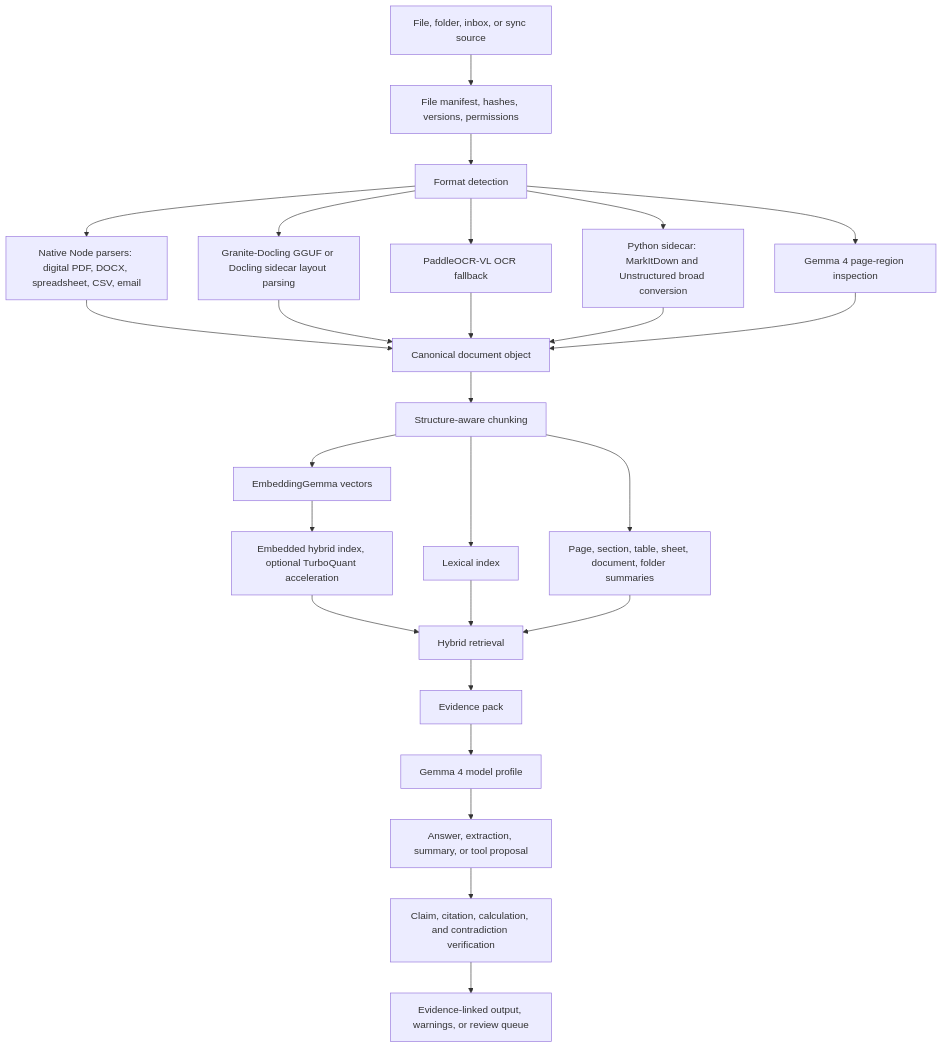
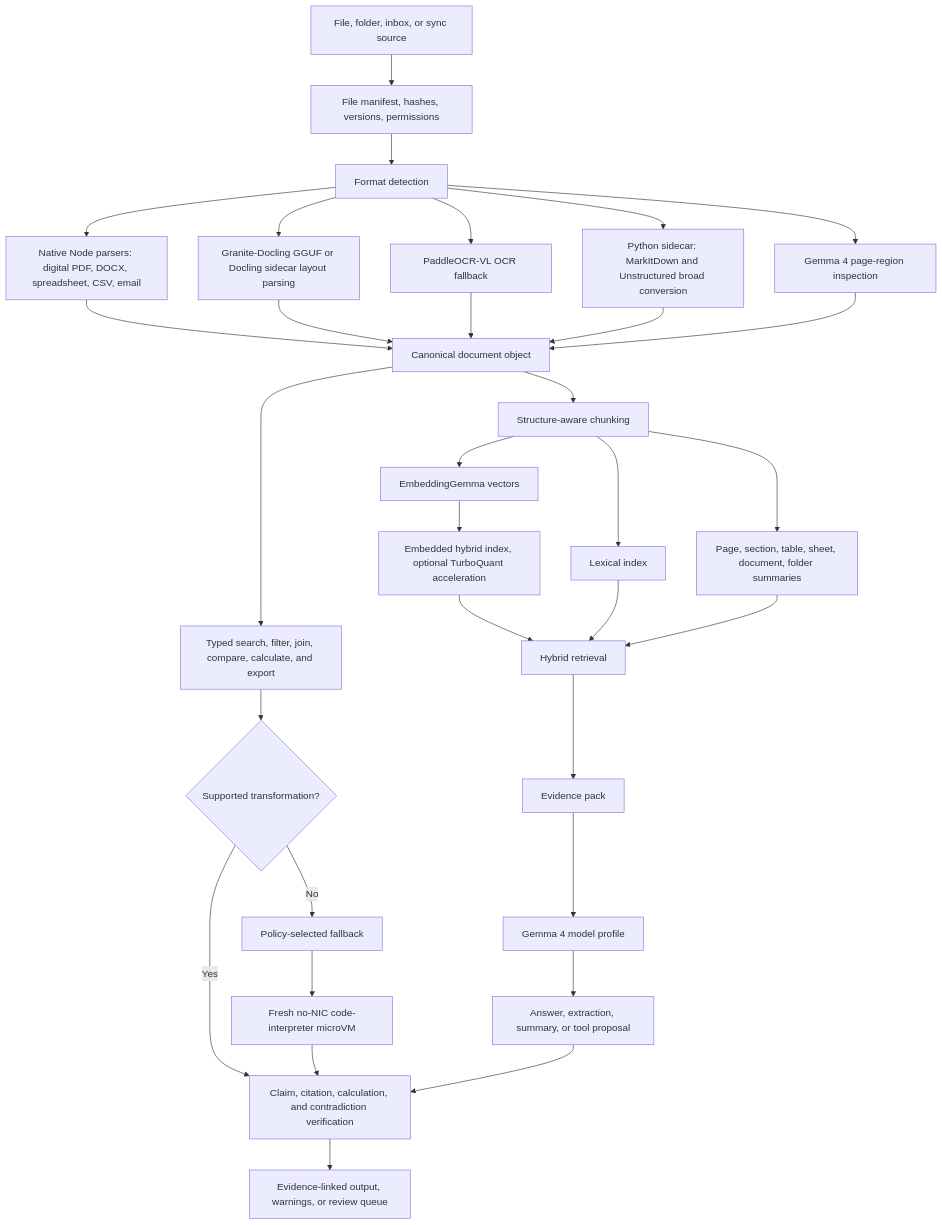
The diagram in docs/diagrams/document-pipeline.md (alex-alecu/vault-desk), drawn with Mermaid before and after one commit. The commit also changed other lines of this file and 30 other files, not shown here.

First line of the commit message:
docs: refine offline desktop architecture

````diff
--- a/docs/diagrams/document-pipeline.md
+++ b/docs/diagrams/document-pipeline.md
@@ -5,30 +5,37 @@
 ```mermaid
 flowchart TD
     Input["File, folder, inbox, or sync source"] --> Manifest["File manifest, hashes, versions, permissions"]
     Manifest --> Detect["Format detection"]
     Detect --> Native["Native Node parsers: digital PDF, DOCX, spreadsheet, CSV, email"]
     Detect --> Layout["Granite-Docling GGUF or Docling sidecar layout parsing"]
     Detect --> OCR["PaddleOCR-VL OCR fallback"]
     Detect --> Sidecar["Python sidecar: MarkItDown and Unstructured broad conversion"]
     Detect --> Multimodal["Gemma 4 page-region inspection"]
 
     Native --> Canonical["Canonical document object"]
     Layout --> Canonical
     OCR --> Canonical
     Sidecar --> Canonical
     Multimodal --> Canonical
 
+    Canonical --> Deterministic["Typed search, filter, join, compare, calculate, and export"]
+    Deterministic --> Supported{"Supported transformation?"}
+    Supported -->|Yes| Verify
+    Supported -->|No| Policy["Policy-selected fallback"]
+    Policy --> Code["Fresh no-NIC code-interpreter microVM"]
+    Code --> Verify
+
     Canonical --> Chunk["Structure-aware chunking"]
     Chunk --> Summary["Page, section, table, sheet, document, folder summaries"]
     Chunk --> Dense["EmbeddingGemma vectors"]
     Chunk --> Lexical["Lexical index"]
     Dense --> Hybrid["Embedded hybrid index, optional TurboQuant acceleration"]
     Hybrid --> Retrieve["Hybrid retrieval"]
     Lexical --> Retrieve
     Summary --> Retrieve
     Retrieve --> Evidence["Evidence pack"]
     Evidence --> Model["Gemma 4 model profile"]
     Model --> Claims["Answer, extraction, summary, or tool proposal"]
     Claims --> Verify["Claim, citation, calculation, and contradiction verification"]
     Verify --> Output["Evidence-linked output, warnings, or review queue"]
 ```
````
